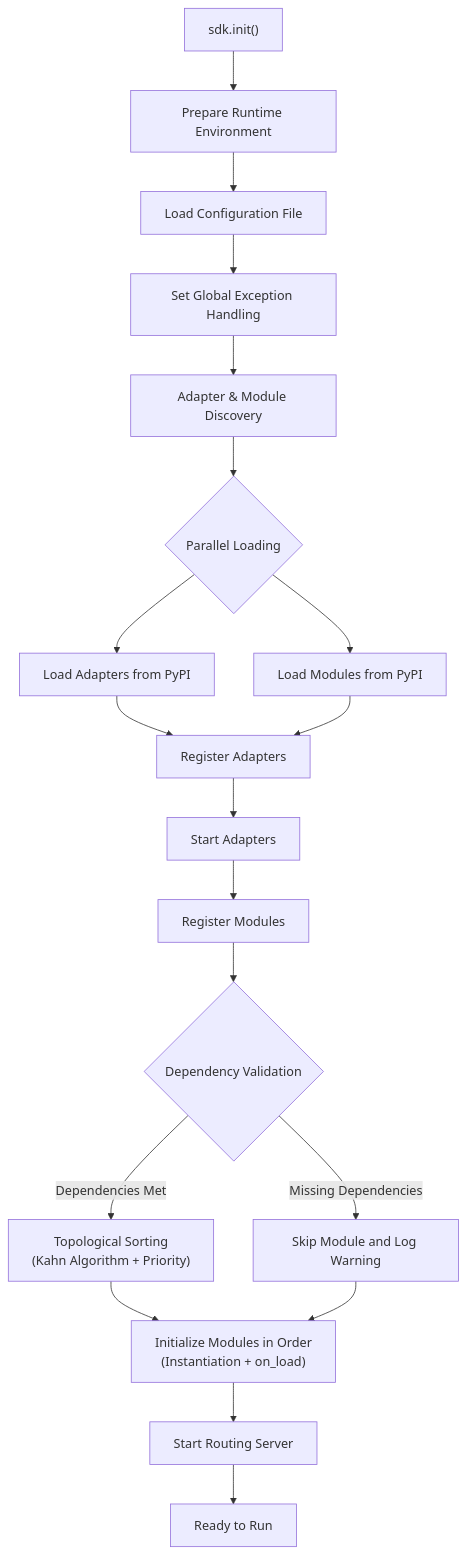
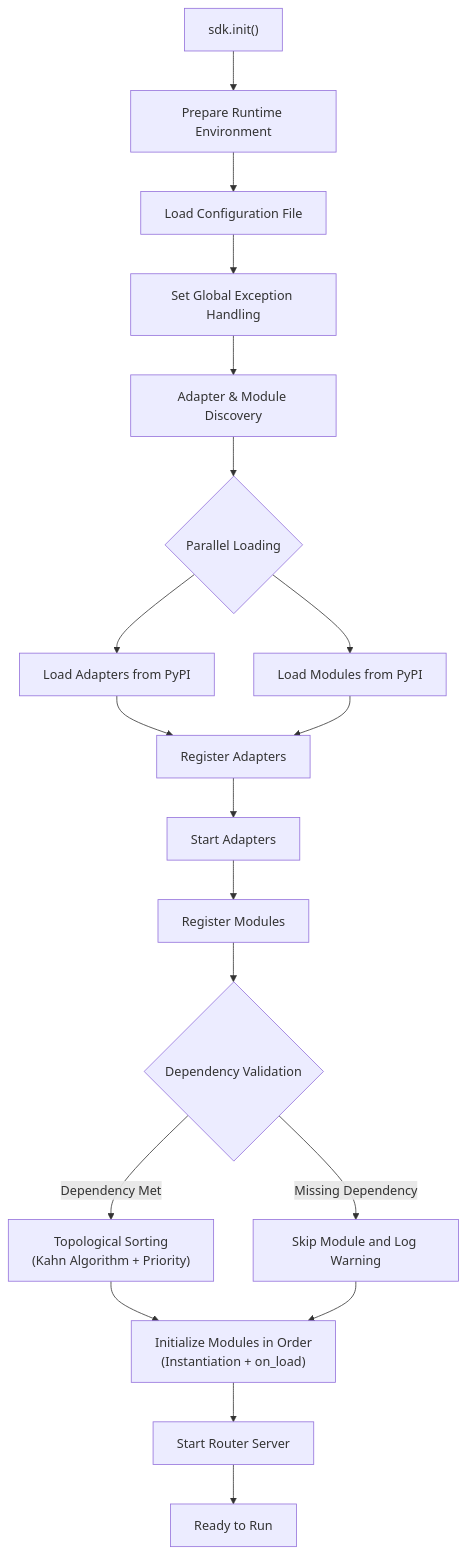
One commit to ErisPulse/ErisPulse changed the second of 9 diagrams in docs/en/architecture.md. Above: the diagram before and after it, drawn with Mermaid. The commit also changed other lines of this file and 79 other files, not shown here.

````diff
--- a/docs/en/architecture.md
+++ b/docs/en/architecture.md
@@ -59,20 +59,20 @@
 ```mermaid
 flowchart TD
     A["sdk.init()"] --> B["Prepare Runtime Environment"]
     B --> B1["Load Configuration File"]
     B1 --> B2["Set Global Exception Handling"]
     B2 --> C["Adapter & Module Discovery"]
     C --> D{"Parallel Loading"}
     D --> D1["Load Adapters from PyPI"]
     D --> D2["Load Modules from PyPI"]
     D1 & D2 --> E["Register Adapters"]
     E --> E1["Start Adapters"]
     E1 --> F["Register Modules"]
     F --> F1{"Dependency Validation"}
-    F1 -->|"Missing Dependencies"| F2["Skip Module and Log Warning"]
-    F1 -->|"Dependencies Met"| F3["Topological Sorting<br/>(Kahn Algorithm + Priority)"]
+    F1 -->|"Missing Dependency"| F2["Skip Module and Log Warning"]
+    F1 -->|"Dependency Met"| F3["Topological Sorting<br/>(Kahn Algorithm + Priority)"]
     F3 --> G["Initialize Modules in Order<br/>(Instantiation + on_load)"]
     F2 --> G
-    G --> H["Start Routing Server"]
+    G --> H["Start Router Server"]
     H --> K["Ready to Run"]
 ```
````
